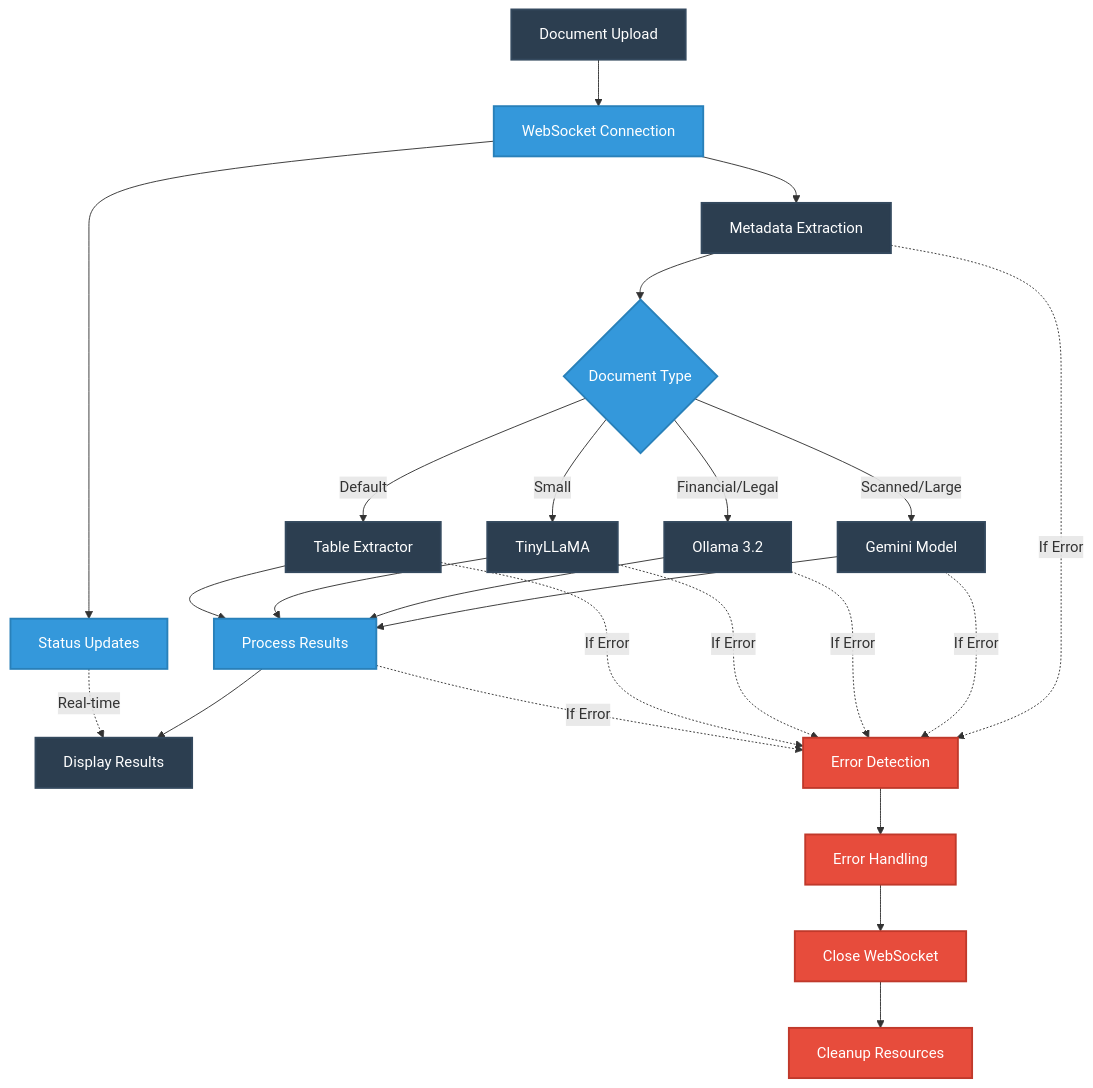
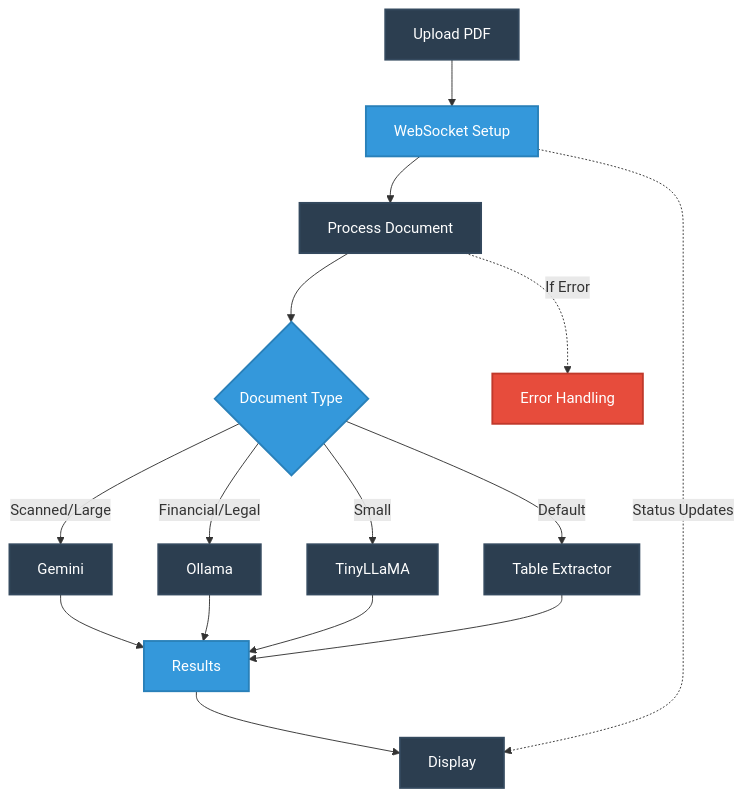
Before and after one commit to pharshithaa/document-processing-system: the diagram in README.md, drawn with Mermaid. The commit also changed other lines of this file, not shown here.

````diff
--- a/README.md
+++ b/README.md
@@ -9,54 +9,37 @@
 ```mermaid
 graph TD
     %% Main Flow
-    A[Document Upload] --> B[WebSocket Connection]
-    B --> C[Metadata Extraction]
+    A[Upload PDF] --> B[WebSocket Setup]
+    B --> C[Process Document]
+    
+    %% Processing
     C --> D{Document Type}
-    
-    %% Processing Paths
-    D -->|Scanned/Large| E[Gemini Model]
-    D -->|Financial/Legal| F[Ollama 3.2]
+    D -->|Scanned/Large| E[Gemini]
+    D -->|Financial/Legal| F[Ollama]
     D -->|Small| G[TinyLLaMA]
     D -->|Default| H[Table Extractor]
     
-    %% Results & Error Handling
-    E --> I[Process Results]
+    %% Results
+    E --> I[Results]
     F --> I
     G --> I
     H --> I
     
-    I --> J[Display Results]
-    
-    %% Error & Status Flow
-    C -.->|If Error| K[Error Detection]
-    E -.->|If Error| K
-    F -.->|If Error| K
-    G -.->|If Error| K
-    H -.->|If Error| K
-    I -.->|If Error| K
-    
-    K --> L[Error Handling]
-    L --> M[Close WebSocket]
-    M --> N[Cleanup Resources]
-    
-    %% Status Updates
-    B --> O[Status Updates]
-    O -.->|Real-time| J
+    %% Error & Status
+    I --> J[Display]
+    B -.->|Status Updates| J
+    C -.->|If Error| K[Error Handling]
     
     %% Styling - Professional Blue Theme
     style A fill:#2c3e50,stroke:#34495e,stroke-width:2px,color:#fff
     style B fill:#3498db,stroke:#2980b9,stroke-width:2px,color:#fff
     style C fill:#2c3e50,stroke:#34495e,stroke-width:2px,color:#fff
     style D fill:#3498db,stroke:#2980b9,stroke-width:2px,color:#fff
     style E fill:#2c3e50,stroke:#34495e,stroke-width:2px,color:#fff
     style F fill:#2c3e50,stroke:#34495e,stroke-width:2px,color:#fff
     style G fill:#2c3e50,stroke:#34495e,stroke-width:2px,color:#fff
     style H fill:#2c3e50,stroke:#34495e,stroke-width:2px,color:#fff
     style I fill:#3498db,stroke:#2980b9,stroke-width:2px,color:#fff
     style J fill:#2c3e50,stroke:#34495e,stroke-width:2px,color:#fff
     style K fill:#e74c3c,stroke:#c0392b,stroke-width:2px,color:#fff
-    style L fill:#e74c3c,stroke:#c0392b,stroke-width:2px,color:#fff
-    style M fill:#e74c3c,stroke:#c0392b,stroke-width:2px,color:#fff
-    style N fill:#e74c3c,stroke:#c0392b,stroke-width:2px,color:#fff
-    style O fill:#3498db,stroke:#2980b9,stroke-width:2px,color:#fff
 ```
````
